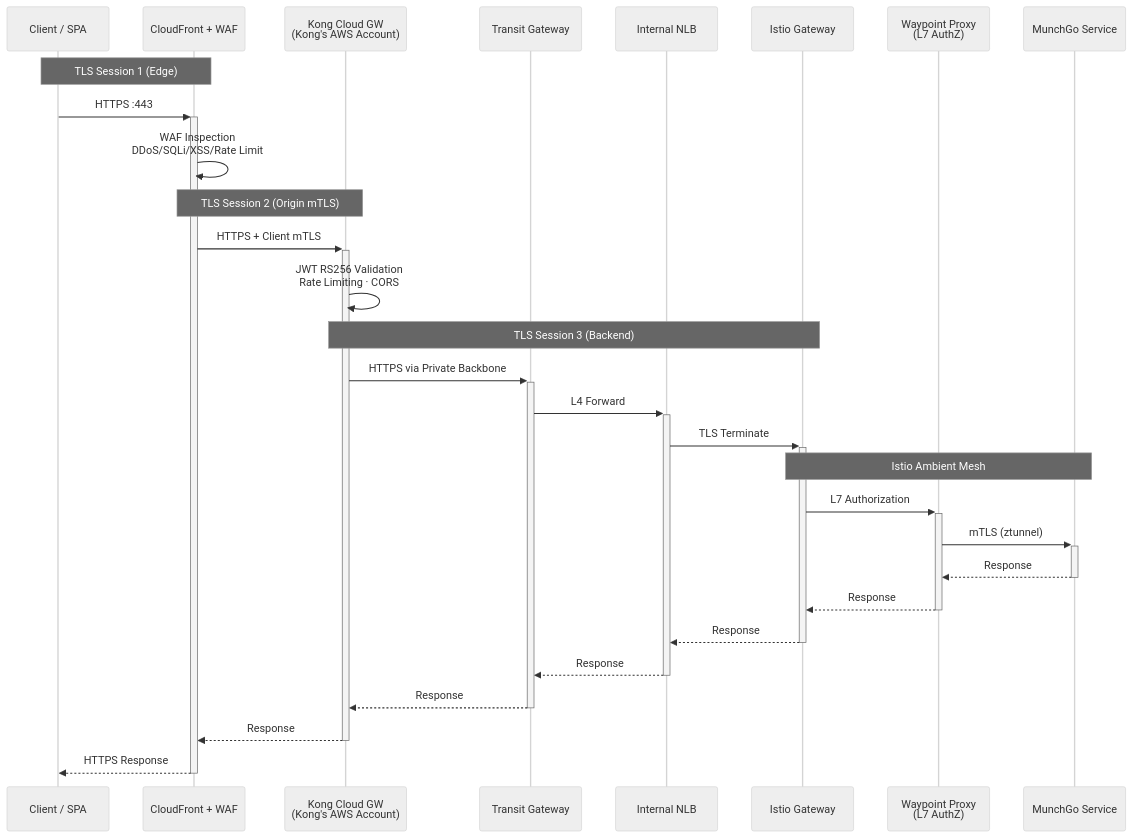
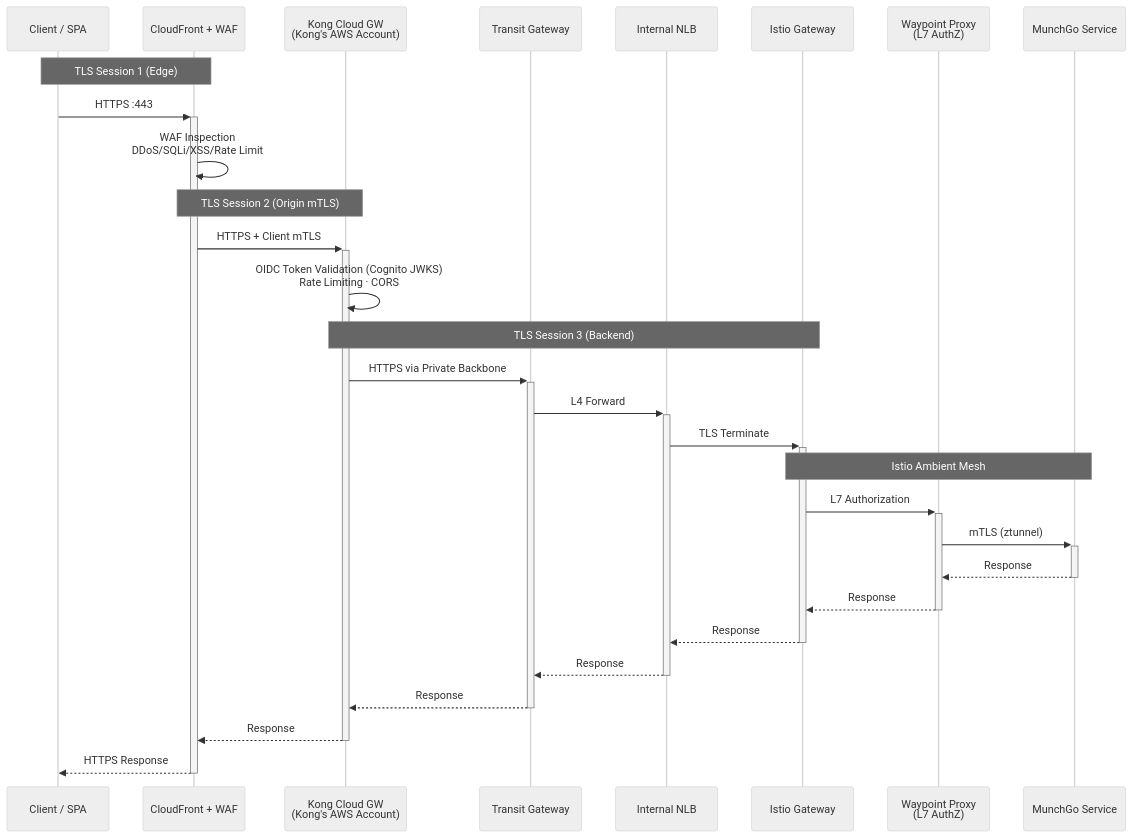
The third of 15 diagrams in README.md (shanaka-versent/Kong-Konnect-Cloud-Gateway-on-EKS), drawn with Mermaid (neutral theme) before and after one commit. The commit also changed other lines of this file and 12 other files, not shown here.

First line of the commit message:
feat: Add Amazon Cognito integration — replace custom JWT with OIDC

````diff
--- a/README.md
+++ b/README.md
@@ -149,35 +152,35 @@
 ```mermaid
 sequenceDiagram
     participant C as Client / SPA
     participant CF as CloudFront + WAF
     participant K as Kong Cloud GW<br/>(Kong's AWS Account)
     participant TGW as Transit Gateway
     participant NLB as Internal NLB
     participant IG as Istio Gateway
     participant WP as Waypoint Proxy<br/>(L7 AuthZ)
     participant App as MunchGo Service
 
     Note over C,CF: TLS Session 1 (Edge)
     C->>+CF: HTTPS :443
     CF->>CF: WAF Inspection<br/>DDoS/SQLi/XSS/Rate Limit
 
     Note over CF,K: TLS Session 2 (Origin mTLS)
     CF->>+K: HTTPS + Client mTLS
-    K->>K: JWT RS256 Validation<br/>Rate Limiting · CORS
+    K->>K: OIDC Token Validation (Cognito JWKS)<br/>Rate Limiting · CORS
 
     Note over K,IG: TLS Session 3 (Backend)
     K->>+TGW: HTTPS via Private Backbone
     TGW->>+NLB: L4 Forward
     NLB->>+IG: TLS Terminate
 
     Note over IG,App: Istio Ambient Mesh
     IG->>+WP: L7 Authorization
     WP->>+App: mTLS (ztunnel)
     App-->>-WP: Response
     WP-->>-IG: Response
     IG-->>-NLB: Response
     NLB-->>-TGW: Response
     TGW-->>-K: Response
     K-->>-CF: Response
     CF-->>-C: HTTPS Response
 ```
````
